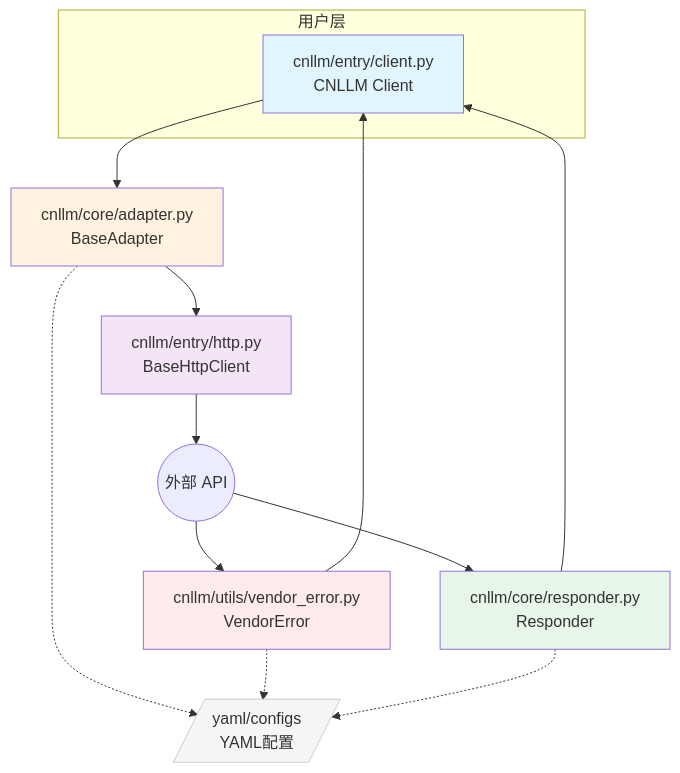
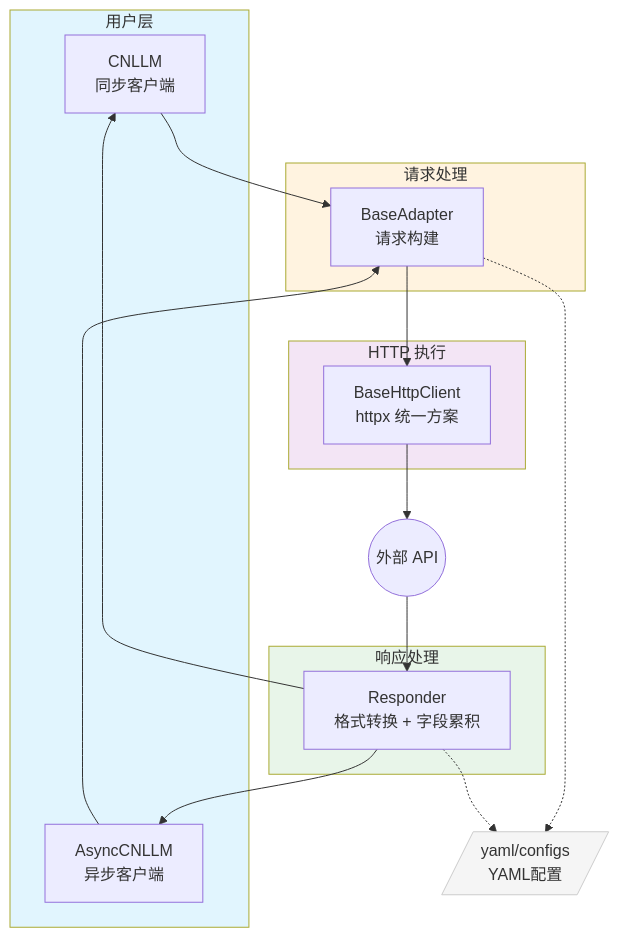
The first of 6 diagrams in docs/ARCHITECTURE.md (kanchengw/cnllm), drawn with Mermaid before and after one commit. The commit also changed other lines of this file and 54 other files, not shown here.

````diff
--- a/docs/ARCHITECTURE.md
+++ b/docs/ARCHITECTURE.md
@@ -7,27 +7,36 @@
 ```mermaid
 flowchart TD
-    subgraph 用户层
-        A[cnllm/entry/client.py<br/>CNLLM Client]
+    subgraph 用户层["用户层"]
+        A[CNLLM<br/>同步客户端]
+        A2[AsyncCNLLM<br/>异步客户端]
     end
 
-    A --> B[cnllm/core/adapter.py<br/>BaseAdapter]
-    B --> C[cnllm/entry/http.py<br/>BaseHttpClient]
+    subgraph 请求处理["请求处理"]
+        B[BaseAdapter<br/>请求构建]
+    end
+
+    subgraph HTTP执行["HTTP 执行"]
+        C[BaseHttpClient<br/>httpx 统一方案]
+    end
+
+    subgraph 响应处理["响应处理"]
+        E[Responder<br/>格式转换 + 字段累积]
+    end
+
+    A --> B
+    A2 --> B
+    B --> C
     C --> D((外部 API))
-
-    D --> E[cnllm/core/responder.py<br/>Responder]
+    D --> E
     E --> A
-
-    D --> F[cnllm/utils/vendor_error.py<br/>VendorError]
-    F --> A
+    E --> A2
 
     B -.-> G[/yaml/configs<br/>YAML配置/]
-    F -.-> G
     E -.-> G
 
-    style A fill:#e1f5fe
-    style B fill:#fff3e0
-    style C fill:#f3e5f5
-    style E fill:#e8f5e9
-    style F fill:#ffebee
+    style 用户层 fill:#e1f5fe
+    style 请求处理 fill:#fff3e0
+    style HTTP执行 fill:#f3e5f5
+    style 响应处理 fill:#e8f5e9
     style G fill:#f5f5f5,stroke:#ccc
 ```
````
